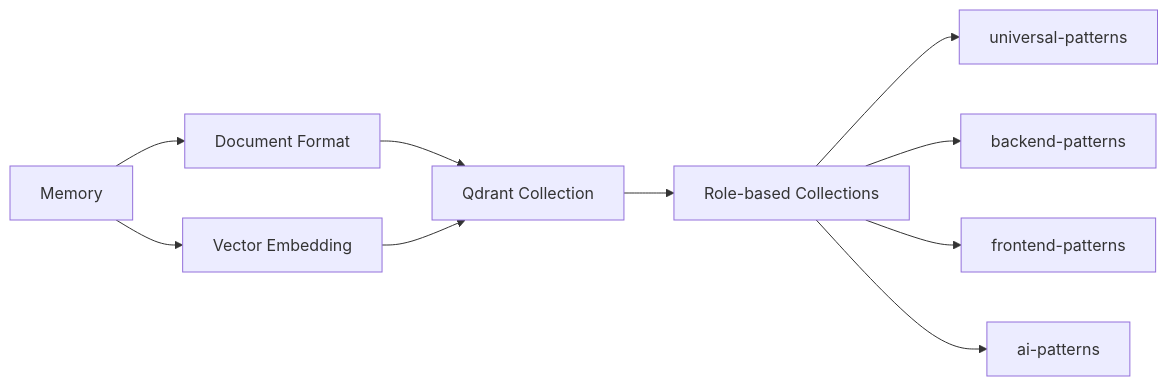
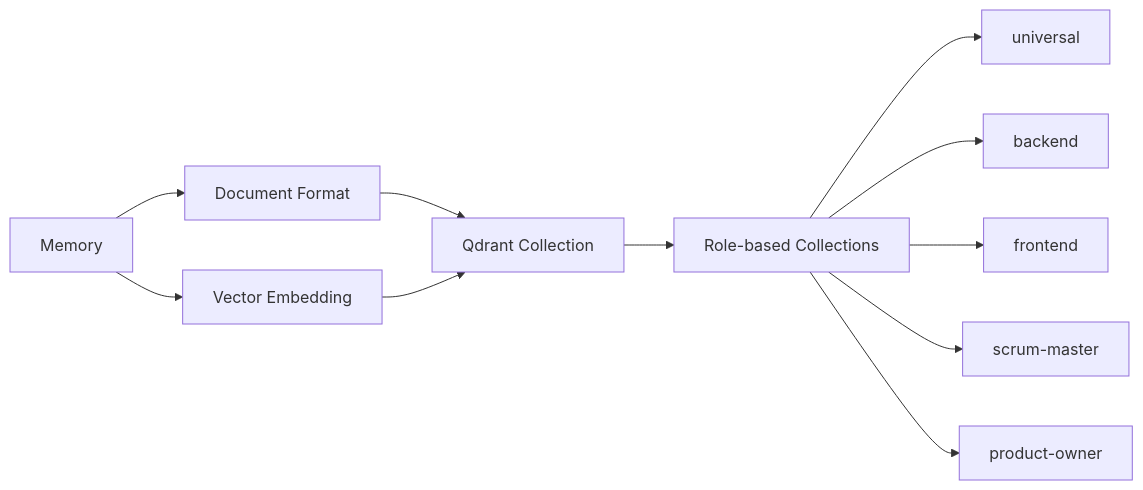
Before and after one commit to hungson175/AI-teams-controller-public: the first of 5 diagrams in memory-system/docs/tech/memory_guide_draft_v7.md, drawn with Mermaid. The commit also changed other lines of this file and 2 other files, not shown here.

````diff
--- a/memory-system/docs/tech/memory_guide_draft_v7.md
+++ b/memory-system/docs/tech/memory_guide_draft_v7.md
@@ -39,12 +39,13 @@
 ```mermaid
 graph LR
     A[Memory] --> B[Document Format]
     A --> C[Vector Embedding]
     B --> D[Qdrant Collection]
     C --> D
     D --> E[Role-based Collections]
-    E --> F[universal-patterns]
-    E --> G[backend-patterns]
-    E --> H[frontend-patterns]
-    E --> I[ai-patterns]
+    E --> F[universal]
+    E --> G[backend]
+    E --> H[frontend]
+    E --> I[scrum-master]
+    E --> J[product-owner]
 ```
````
